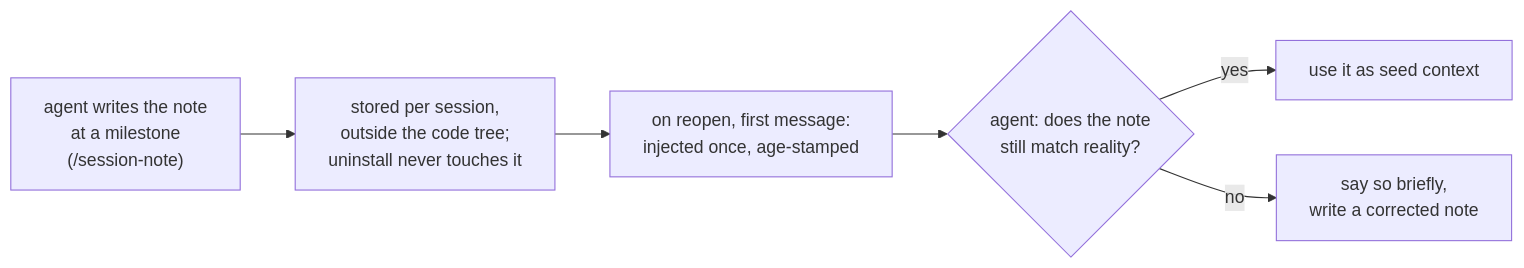
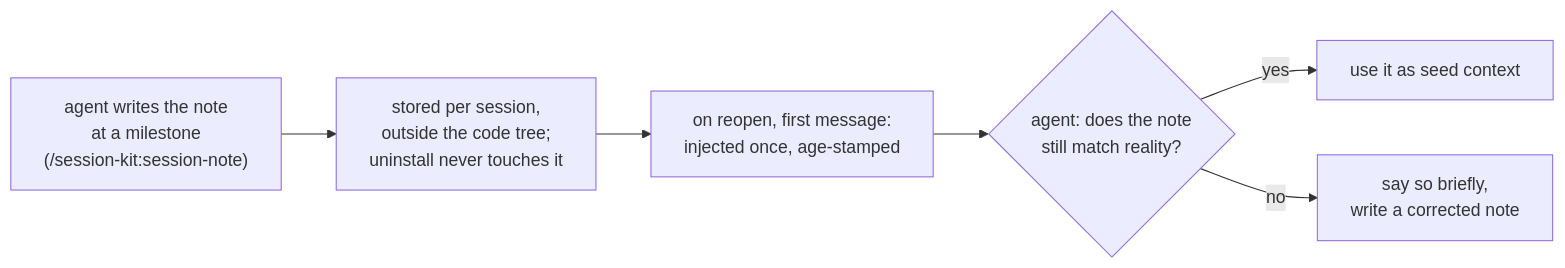
One commit to sabilmakbar/claude-session-kit changed the fifth of 6 diagrams in docs/FLOWS.md. Above: the diagram before and after it, drawn with Mermaid. The commit also changed 9 other files, not shown here.

````diff
--- a/docs/FLOWS.md
+++ b/docs/FLOWS.md
@@ -109,8 +109,8 @@
 ```mermaid
 flowchart LR
-    W["agent writes the note<br/>at a milestone<br/>(/session-note)"] --> S["stored per session,<br/>outside the code tree;<br/>uninstall never touches it"]
+    W["agent writes the note<br/>at a milestone<br/>(/session-kit:session-note)"] --> S["stored per session,<br/>outside the code tree;<br/>uninstall never touches it"]
     S --> R["on reopen, first message:<br/>injected once, age-stamped"]
     R --> J{"agent: does the note<br/>still match reality?"}
     J -- yes --> U["use it as seed context"]
     J -- no --> F["say so briefly,<br/>write a corrected note"]
 ```
````
